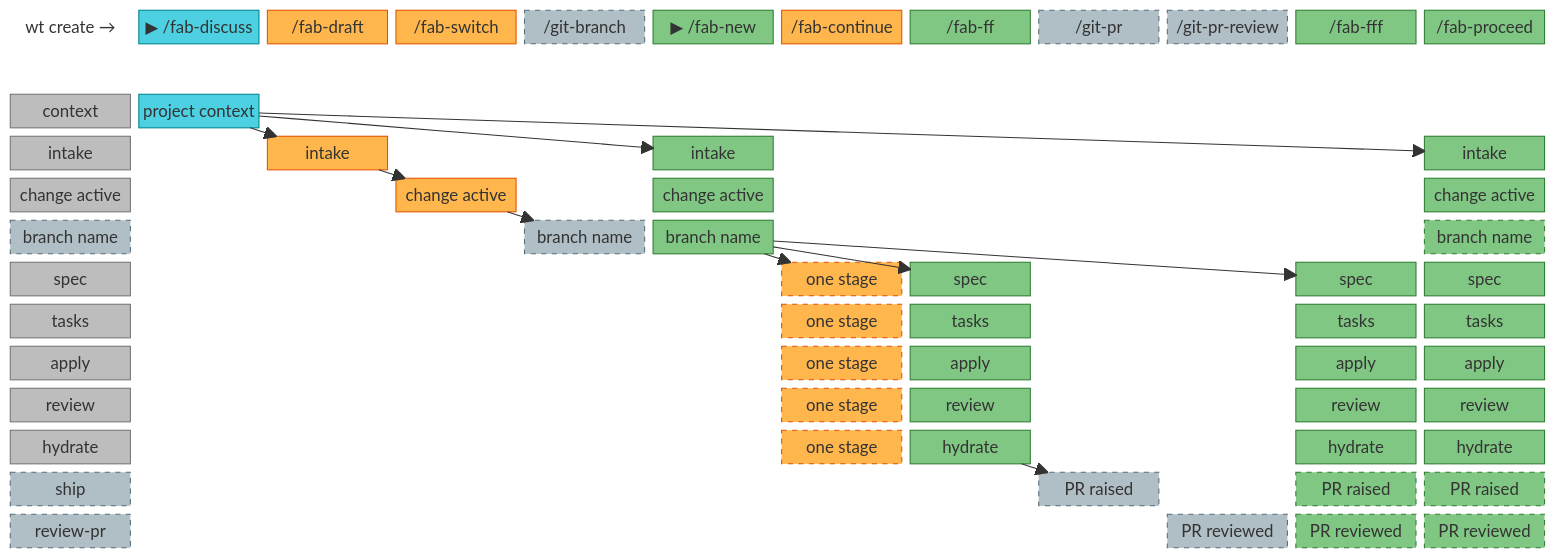
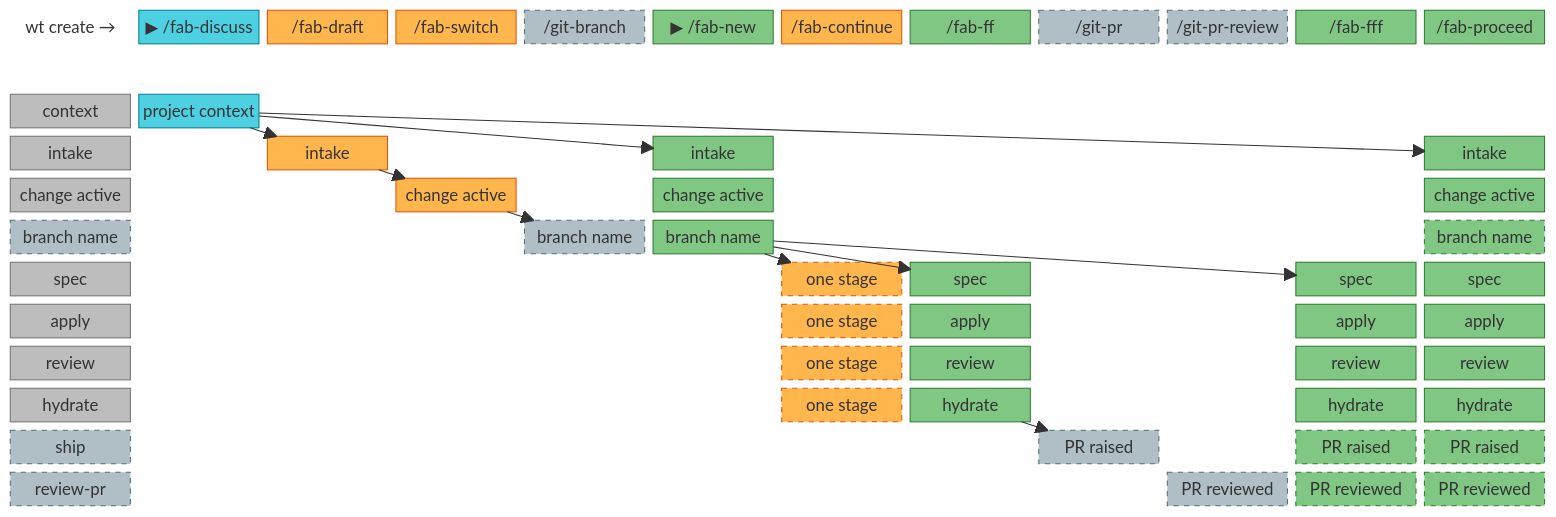
Before and after one commit to sahil87/fab-kit: the second of 2 diagrams in README.md, drawn with Mermaid. The commit also changed other lines of this file, not shown here.

First line of the commit message:
docs: drop tasks stage from README — pipeline is now 7 stages

```diff
--- a/README.md
+++ b/README.md
@@ -486,7 +482,6 @@
     row_active["change active"]:1 space:2 switch_active["change active"]:1 space:1 new_active["change active"]:1 space:5 proceed_active["change active"]:1 space:1
     row_branch["branch name"]:1 space:3 branch_branch["branch name"]:1 new_branch["branch name"]:1 space:5 proceed_branch["branch name"]:1 space:1
     row_spec["spec"]:1 space:5 cont_spec["one stage"]:1 ff_spec["spec"]:1 space:2 fff_spec["spec"]:1 proceed_spec["spec"]:1 space:1
-    row_tasks["tasks"]:1 space:5 cont_tasks["one stage"]:1 ff_tasks["tasks"]:1 space:2 fff_tasks["tasks"]:1 proceed_tasks["tasks"]:1 space:1
     row_apply["apply"]:1 space:5 cont_apply["one stage"]:1 ff_apply["apply"]:1 space:2 fff_apply["apply"]:1 proceed_apply["apply"]:1 space:1
     row_review["review"]:1 space:5 cont_review["one stage"]:1 ff_review["review"]:1 space:2 fff_review["review"]:1 proceed_review["review"]:1 space:1
     row_hydrate["hydrate"]:1 space:5 cont_hydrate["one stage"]:1 ff_hydrate["hydrate"]:1 space:2 fff_hydrate["hydrate"]:1 proceed_hydrate["hydrate"]:1 space:1
@@ -524,7 +519,6 @@
     style row_active fill:#bdbdbd,stroke:#757575,color:#1a1a1a
     style row_branch fill:#b0bec5,stroke:#546e7a,color:#1a1a1a,stroke-dasharray: 5 5
     style row_spec fill:#bdbdbd,stroke:#757575,color:#1a1a1a
-    style row_tasks fill:#bdbdbd,stroke:#757575,color:#1a1a1a
     style row_apply fill:#bdbdbd,stroke:#757575,color:#1a1a1a
     style row_review fill:#bdbdbd,stroke:#757575,color:#1a1a1a
     style row_hydrate fill:#bdbdbd,stroke:#757575,color:#1a1a1a
@@ -550,14 +544,12 @@
 
     %% fab-continue (Stage advance — amber)
     style cont_spec fill:#ffb74d,stroke:#E65100,color:#1a1a1a,stroke-dasharray: 5 5
-    style cont_tasks fill:#ffb74d,stroke:#E65100,color:#1a1a1a,stroke-dasharray: 5 5
     style cont_apply fill:#ffb74d,stroke:#E65100,color:#1a1a1a,stroke-dasharray: 5 5
     style cont_review fill:#ffb74d,stroke:#E65100,color:#1a1a1a,stroke-dasharray: 5 5
     style cont_hydrate fill:#ffb74d,stroke:#E65100,color:#1a1a1a,stroke-dasharray: 5 5
 
     %% fab-ff (Automation — green)
     style ff_spec fill:#81c784,stroke:#2E7D32,color:#1a1a1a
-    style ff_tasks fill:#81c784,stroke:#2E7D32,color:#1a1a1a
     style ff_apply fill:#81c784,stroke:#2E7D32,color:#1a1a1a
     style ff_review fill:#81c784,stroke:#2E7D32,color:#1a1a1a
     style ff_hydrate fill:#81c784,stroke:#2E7D32,color:#1a1a1a
@@ -570,7 +562,6 @@
 
     %% fab-fff (Automation — green)
     style fff_spec fill:#81c784,stroke:#2E7D32,color:#1a1a1a
-    style fff_tasks fill:#81c784,stroke:#2E7D32,color:#1a1a1a
     style fff_apply fill:#81c784,stroke:#2E7D32,color:#1a1a1a
     style fff_review fill:#81c784,stroke:#2E7D32,color:#1a1a1a
     style fff_hydrate fill:#81c784,stroke:#2E7D32,color:#1a1a1a
@@ -582,7 +573,6 @@
     style proceed_intake fill:#81c784,stroke:#2E7D32,color:#1a1a1a
     style proceed_branch fill:#81c784,stroke:#2E7D32,color:#1a1a1a,stroke-dasharray: 5 5
     style proceed_spec fill:#81c784,stroke:#2E7D32,color:#1a1a1a
-    style proceed_tasks fill:#81c784,stroke:#2E7D32,color:#1a1a1a
     style proceed_apply fill:#81c784,stroke:#2E7D32,color:#1a1a1a
     style proceed_review fill:#81c784,stroke:#2E7D32,color:#1a1a1a
     style proceed_hydrate fill:#81c784,stroke:#2E7D32,color:#1a1a1a
```
